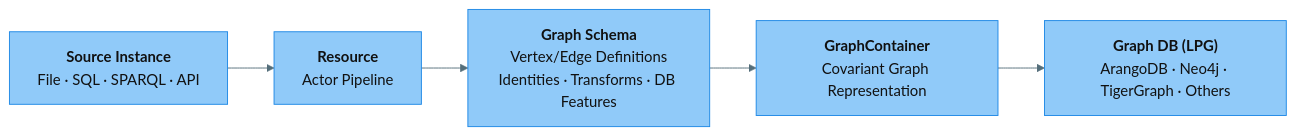
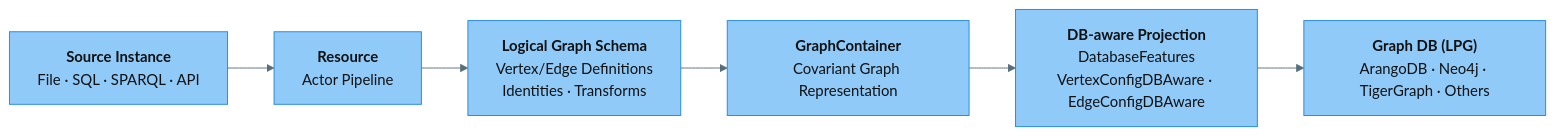
Before and after one commit to growgraph/graflo: the diagram in README.md, drawn with Mermaid. The commit also changed other lines of this file and 91 other files, not shown here.

````diff
--- a/README.md
+++ b/README.md
@@ -20,22 +20,23 @@
 ```mermaid
 %%{ init: { 
   "theme": "base",
   "themeVariables": {
     "primaryColor": "#90CAF9",
     "primaryTextColor": "#111111",
     "primaryBorderColor": "#1E88E5",
     "lineColor": "#546E7A",
     "secondaryColor": "#A5D6A7",
     "tertiaryColor": "#CE93D8"
   }
 } }%%
 
 flowchart LR
     SI["<b>Source Instance</b><br/>File · SQL · SPARQL · API"]
     R["<b>Resource</b><br/>Actor Pipeline"]
-    GS["<b>Graph Schema</b><br/>Vertex/Edge Definitions<br/>Identities · Transforms · DB Features"]
+    GS["<b>Logical Graph Schema</b><br/>Vertex/Edge Definitions<br/>Identities · Transforms"]
+    DBA["<b>DB-aware Projection</b><br/>DatabaseFeatures<br/>VertexConfigDBAware · EdgeConfigDBAware"]
     GC["<b>GraphContainer</b><br/>Covariant Graph Representation"]
     DB["<b>Graph DB (LPG)</b><br/>ArangoDB · Neo4j · TigerGraph · Others"]
 
-    SI --> R --> GS --> GC --> DB
+    SI --> R --> GS --> GC --> DBA --> DB
 ```
````
